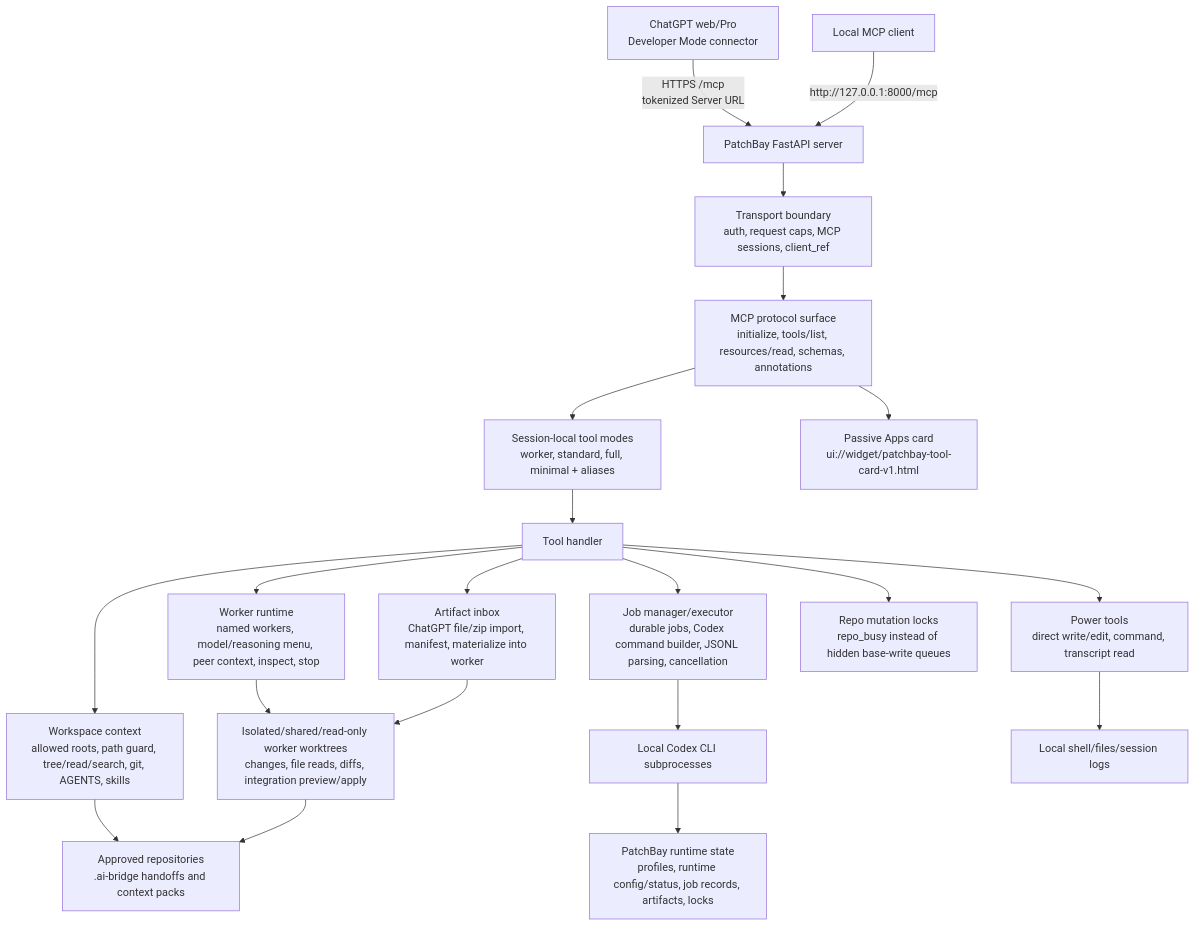
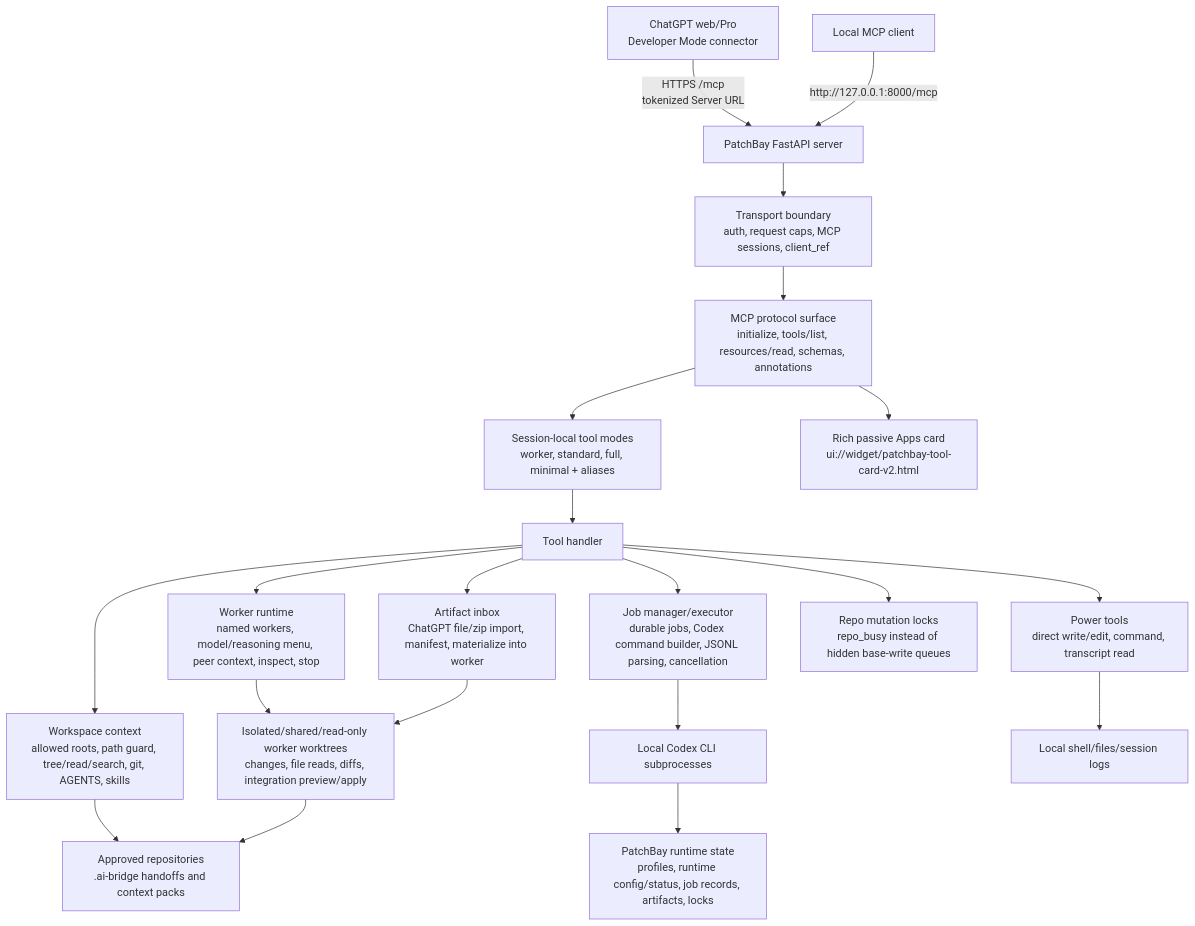
One commit to velhud/PatchBay changed the diagram in README.md. Above: the diagram before and after it, drawn with Mermaid. The commit also changed other lines of this file and 111 other files, not shown here.

````diff
--- a/README.md
+++ b/README.md
@@ -78,26 +79,26 @@
 ```mermaid
 flowchart TD
     A["ChatGPT web/Pro<br/>Developer Mode connector"] -->|"HTTPS /mcp<br/>tokenized Server URL"| B["PatchBay FastAPI server"]
     A2["Local MCP client"] -->|"http://127.0.0.1:8000/mcp"| B
 
     B --> C["Transport boundary<br/>auth, request caps, MCP sessions, client_ref"]
     C --> D["MCP protocol surface<br/>initialize, tools/list, resources/read, schemas, annotations"]
     D --> E["Session-local tool modes<br/>worker, standard, full, minimal + aliases"]
-    D --> R["Passive Apps card<br/>ui://widget/patchbay-tool-card-v1.html"]
+    D --> R["Rich passive Apps card<br/>ui://widget/patchbay-tool-card-v2.html"]
 
     E --> H["Tool handler"]
     H --> W["Workspace context<br/>allowed roots, path guard, tree/read/search, git, AGENTS, skills"]
     H --> N["Worker runtime<br/>named workers, model/reasoning menu, peer context, inspect, stop"]
     H --> I["Artifact inbox<br/>ChatGPT file/zip import, manifest, materialize into worker"]
     H --> J["Job manager/executor<br/>durable jobs, Codex command builder, JSONL parsing, cancellation"]
     H --> P["Power tools<br/>direct write/edit, command, transcript read"]
     H --> L["Repo mutation locks<br/>repo_busy instead of hidden base-write queues"]
 
     N --> WT["Isolated/shared/read-only worker worktrees<br/>changes, file reads, diffs, integration preview/apply"]
     I --> WT
     J --> X["Local Codex CLI subprocesses"]
     P --> Y["Local shell/files/session logs"]
     W --> Z["Approved repositories<br/>.ai-bridge handoffs and context packs"]
     WT --> Z
     X --> S["PatchBay runtime state<br/>profiles, runtime config/status, job records, artifacts, locks"]
 ```
````
